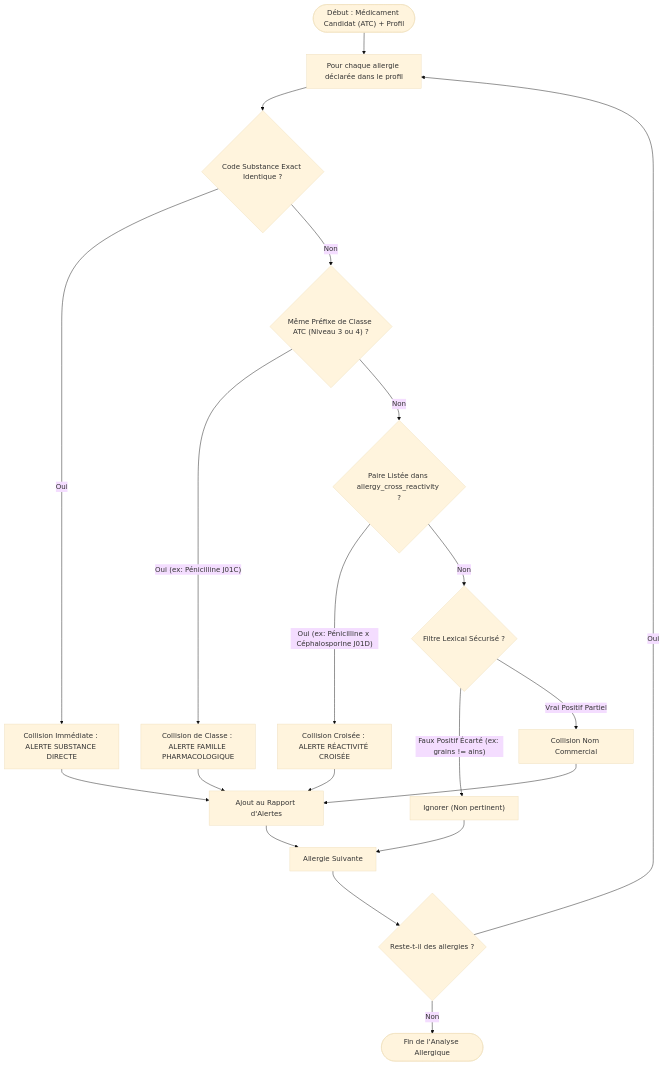
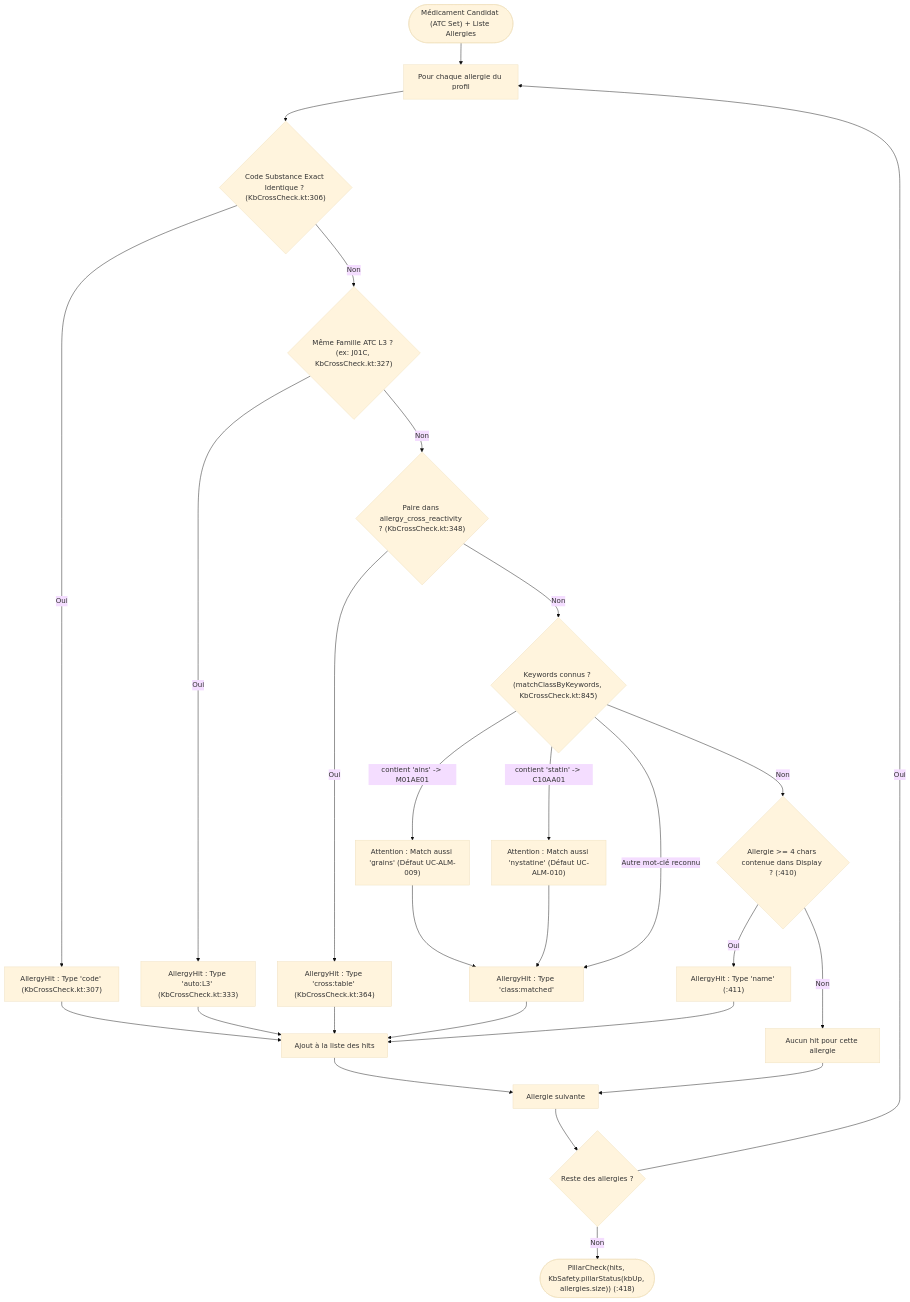
Diagram 19 of 21 in docs/DOCUMENTATION_UML_FONCTIONNELLE.md (kurodohenroonsen/JemmaPass), drawn with Mermaid (base theme) before and after one commit. The commit also changed other lines of this file and 1 other file, not shown here.

First line of the commit message:
docs: correct UML documentation and iOS specifications against codebase reality

````diff
--- a/docs/DOCUMENTATION_UML_FONCTIONNELLE.md
+++ b/docs/DOCUMENTATION_UML_FONCTIONNELLE.md
@@ -728,28 +831,37 @@
 ```mermaid
 flowchart TD
-    Start(["Début : Médicament Candidat (ATC) + Profil"]) --> LoopAllergies["Pour chaque allergie déclarée dans le profil"]
+    Start(["Médicament Candidat (ATC Set) + Liste Allergies"]) --> LoopAllergies["Pour chaque allergie du profil"]
     
-    LoopAllergies --> ExactCode{"Code Substance Exact Identique ?"}
-    ExactCode -- Oui --> DirectHit["Collision Immédiate : ALERTE SUBSTANCE DIRECTE"]
+    LoopAllergies --> ExactCode{"Code Substance Exact Identique ? (KbCrossCheck.kt:306)"}
+    ExactCode -- Oui --> DirectHit["AllergyHit : Type 'code' (KbCrossCheck.kt:307)"]
     
-    ExactCode -- Non --> ClassCheck{"Même Préfixe de Classe ATC (Niveau 3 ou 4) ?"}
-    ClassCheck -- "Oui (ex: Pénicilline J01C)" --> ClassHit["Collision de Classe : ALERTE FAMILLE PHARMACOLOGIQUE"]
+    ExactCode -- Non --> AutoReactivity{"Même Famille ATC L3 ? (ex: J01C, KbCrossCheck.kt:327)"}
+    AutoReactivity -- Oui --> AutoHit["AllergyHit : Type 'auto:L3' (KbCrossCheck.kt:333)"]
     
-    ClassCheck -- Non --> TableCross{"Paire Listée dans allergy_cross_reactivity ?"}
-    TableCross -- "Oui (ex: Pénicilline x Céphalosporine J01D)" --> CrossHit["Collision Croisée : ALERTE RÉACTIVITÉ CROISÉE"]
+    AutoReactivity -- Non --> CrossTable{"Paire dans allergy_cross_reactivity ? (KbCrossCheck.kt:348)"}
+    CrossTable -- Oui --> CrossHit["AllergyHit : Type 'cross:table' (KbCrossCheck.kt:364)"]
     
-    TableCross -- Non --> SubstringFuzzy{"Filtre Lexical Sécurisé ?"}
-    SubstringFuzzy -- "Faux Positif Écarté (ex: grains != ains)" --> SkipHit["Ignorer (Non pertinent)"]
-    SubstringFuzzy -- "Vrai Positif Partiel" --> FuzzyHit["Collision Nom Commercial"]
+    CrossTable -- Non --> KeywordMatch{"Keywords connus ? (matchClassByKeywords, KbCrossCheck.kt:845)"}
+    KeywordMatch -- "contient 'ains' -> M01AE01" --> BugAins["Attention : Match aussi 'grains' (Défaut UC-ALM-009)"]
+    KeywordMatch -- "contient 'statin' -> C10AA01" --> BugStatin["Attention : Match aussi 'nystatine' (Défaut UC-ALM-010)"]
+    KeywordMatch -- "Autre mot-clé reconnu" --> KeyHit["AllergyHit : Type 'class:matched'"]
     
-    DirectHit --> Collect["Ajout au Rapport d'Alertes"]
-    ClassHit --> Collect
+    BugAins --> KeyHit
+    BugStatin --> KeyHit
+    
+    KeywordMatch -- Non --> SubstringCheck{"Allergie >= 4 chars contenue dans Display ? (:410)"}
+    SubstringCheck -- Oui --> SubstringHit["AllergyHit : Type 'name' (:411)"]
+    SubstringCheck -- Non --> NoHit["Aucun hit pour cette allergie"]
+    
+    DirectHit --> Collect["Ajout à la liste des hits"]
+    AutoHit --> Collect
     CrossHit --> Collect
-    FuzzyHit --> Collect
-    SkipHit --> NextAllergy["Allergie Suivante"]
+    KeyHit --> Collect
+    SubstringHit --> Collect
+    NoHit --> NextAllergy["Allergie suivante"]
+    Collect --> NextAllergy
     
-    Collect --> NextAllergy
-    NextAllergy --> MoreAllergies{"Reste-t-il des allergies ?"}
-    MoreAllergies -- Oui --> LoopAllergies
-    MoreAllergies -- Non --> Done(["Fin de l'Analyse Allergique"])
+    NextAllergy --> Remaining{"Reste des allergies ?"}
+    Remaining -- Oui --> LoopAllergies
+    Remaining -- Non --> Finish(["PillarCheck(hits, KbSafety.pillarStatus(kbUp, allergies.size)) (:418)"])
 ```
````
